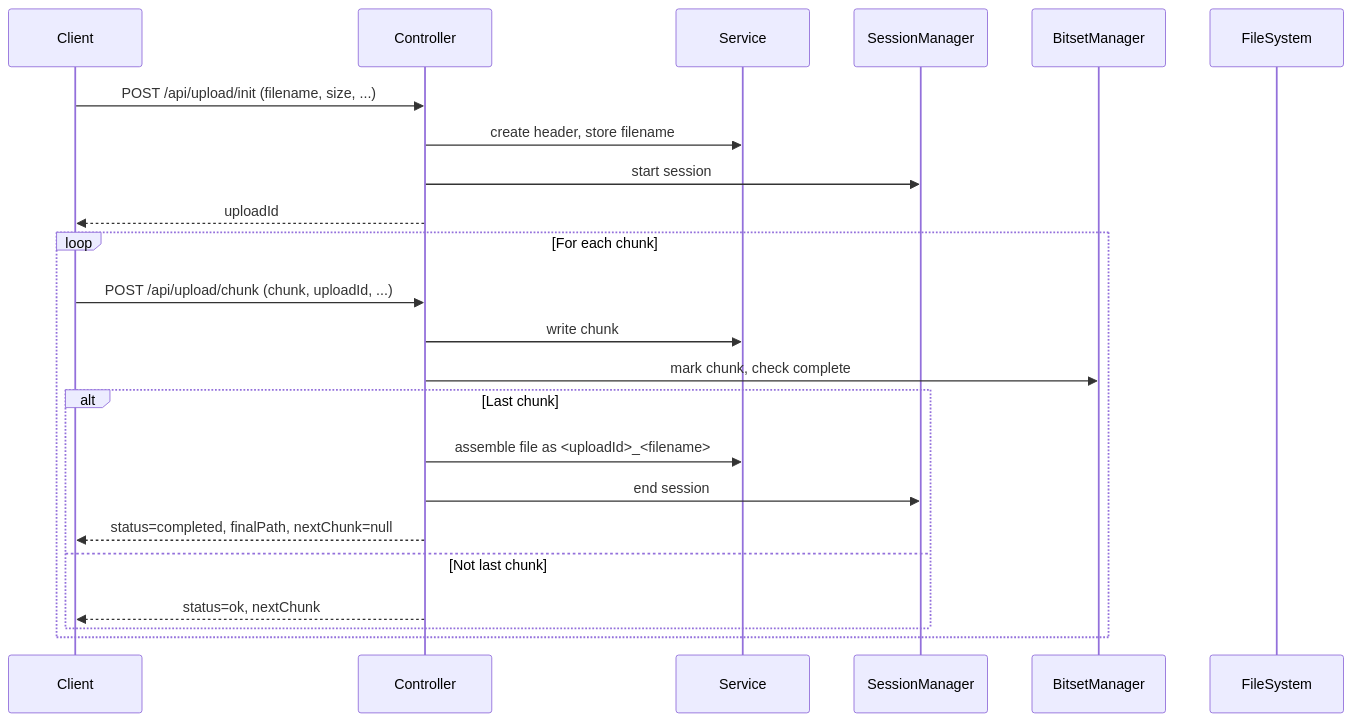
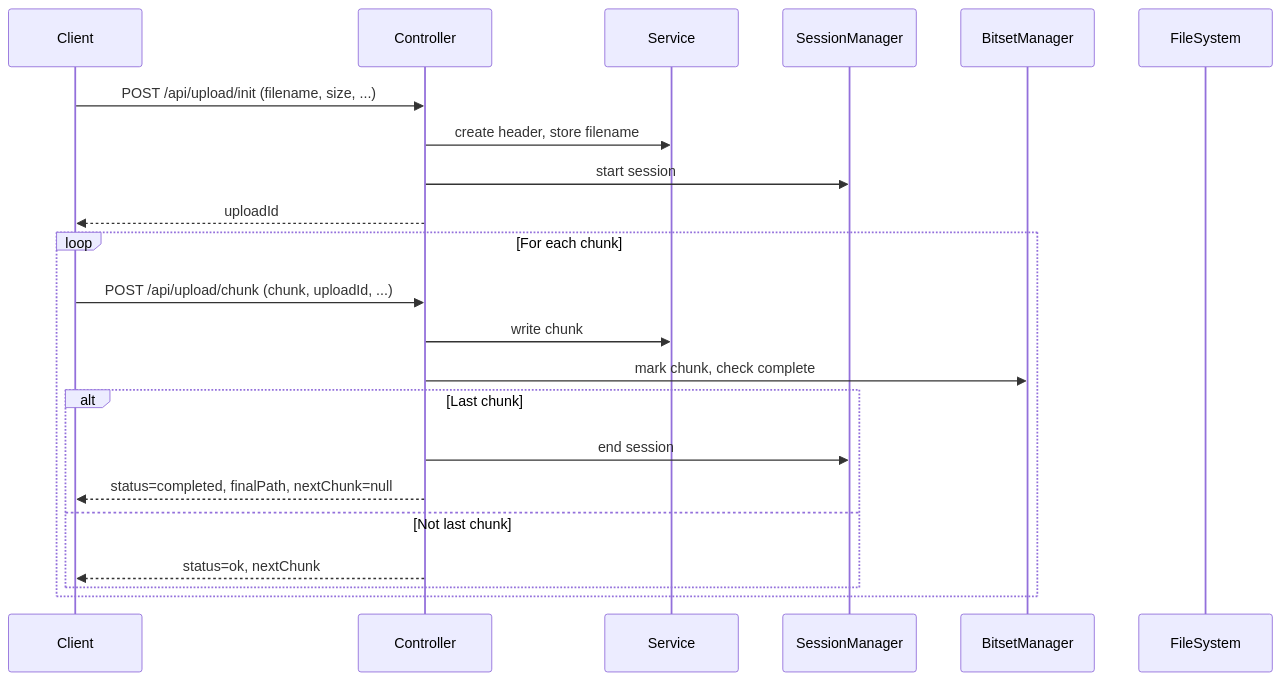
The first of 2 diagrams in README.md (dnguyenminh/chunk-upload), drawn with Mermaid before and after one commit. The commit also changed other lines of this file and 13 other files, not shown here.

````diff
--- a/README.md
+++ b/README.md
@@ -55,25 +60,24 @@
 ```mermaid
 sequenceDiagram
     participant Client
     participant Controller
     participant Service
     participant SessionManager
     participant BitsetManager
     participant FileSystem
     Client->>Controller: POST /api/upload/init (filename, size, ...)
     Controller->>Service: create header, store filename
     Controller->>SessionManager: start session
     Controller-->>Client: uploadId
     loop For each chunk
         Client->>Controller: POST /api/upload/chunk (chunk, uploadId, ...)
         Controller->>Service: write chunk
         Controller->>BitsetManager: mark chunk, check complete
         alt Last chunk
-            Controller->>Service: assemble file as <uploadId>_<filename>
             Controller->>SessionManager: end session
             Controller-->>Client: status=completed, finalPath, nextChunk=null
         else Not last chunk
             Controller-->>Client: status=ok, nextChunk
         end
     end
 ```
````
